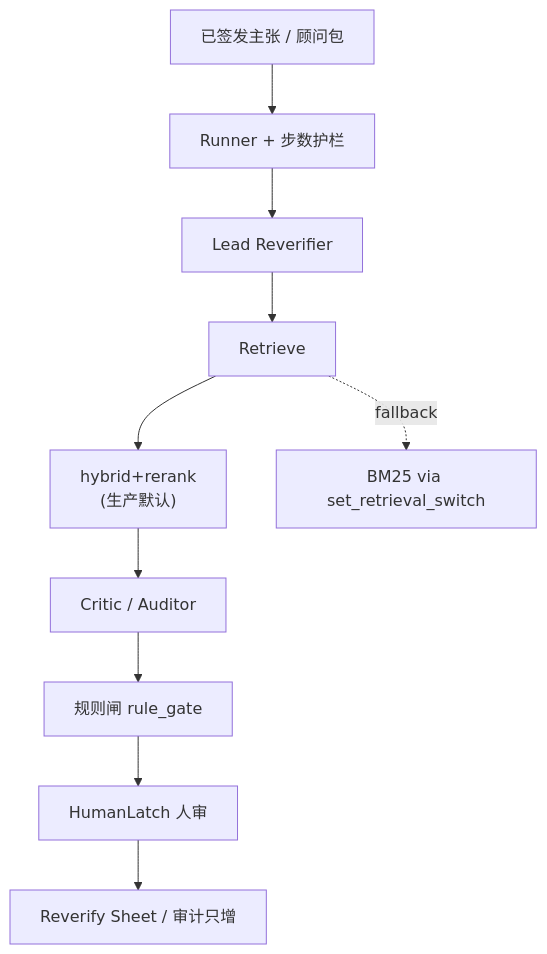
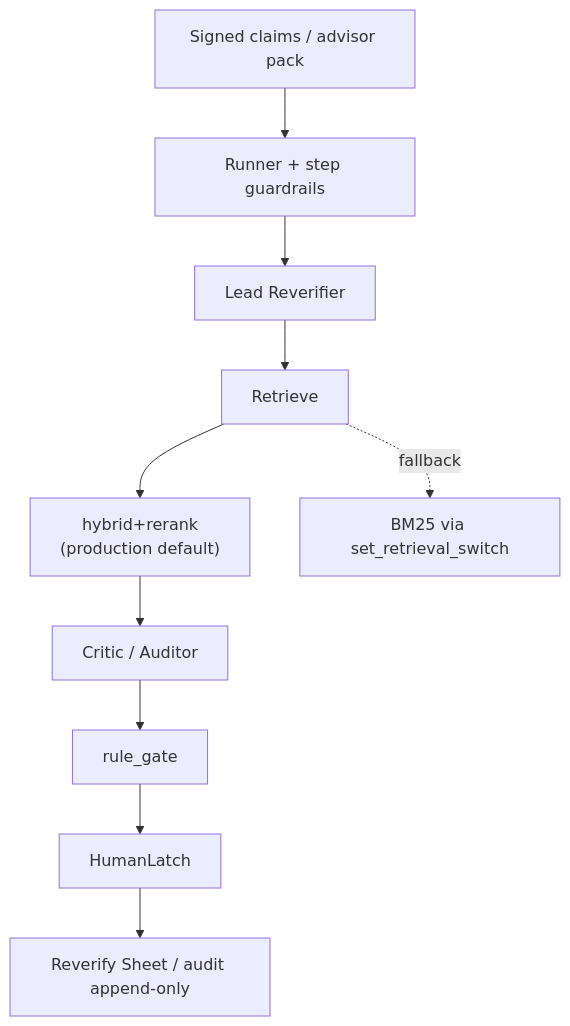
The diagram in docs/architecture/2026-10-overview.md (luxingjiang1993/FreshLatch), drawn with Mermaid before and after one commit. The commit also changed other lines of this file and 42 other files, not shown here.

````diff
--- a/docs/architecture/2026-10-overview.md
+++ b/docs/architecture/2026-10-overview.md
@@ -13,12 +13,12 @@
 ```mermaid
 flowchart TD
-  A[已签发主张 / 顾问包] --> B[Runner + 步数护栏]
+  A[Signed claims / advisor pack] --> B[Runner + step guardrails]
   B --> C[Lead Reverifier]
   C --> D[Retrieve]
-  D --> E["hybrid+rerank\n(生产默认)"]
+  D --> E["hybrid+rerank\n(production default)"]
   E --> F[Critic / Auditor]
-  F --> G[规则闸 rule_gate]
-  G --> H[HumanLatch 人审]
-  H --> I[Reverify Sheet / 审计只增]
+  F --> G[rule_gate]
+  G --> H[HumanLatch]
+  H --> I[Reverify Sheet / audit append-only]
   D -.fallback.-> J["BM25 via set_retrieval_switch"]
 ```
````
